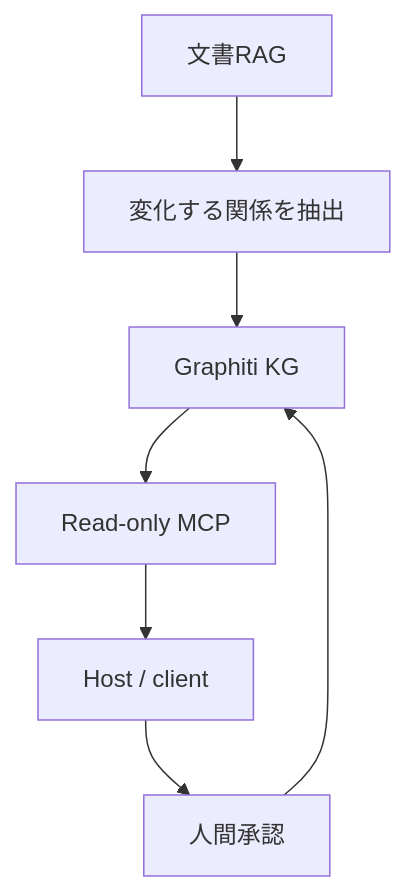
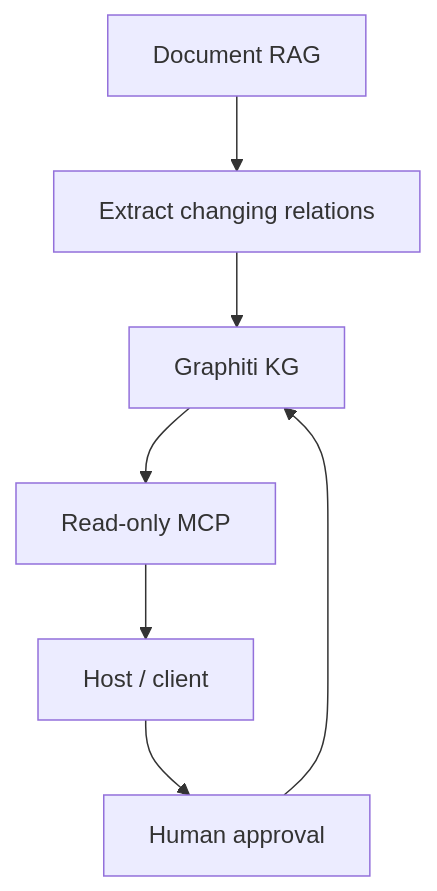
The fifth of 5 diagrams in content/blog/en/graphiti-mcp-memory.mdx (daylight55/research), drawn with Mermaid before and after one commit. The commit also changed other lines of this file and 26 other files, not shown here.

Commit message:
Translate English Mermaid labels

````diff
--- a/content/blog/en/graphiti-mcp-memory.mdx
+++ b/content/blog/en/graphiti-mcp-memory.mdx
@@ -216,9 +216,9 @@
 ```mermaid
 flowchart TD
-  A["文書RAG"] --> B["変化する関係を抽出"]
+  A["Document RAG"] --> B["Extract changing relations"]
   B --> C["Graphiti KG"]
   C --> D["Read-only MCP"]
   D --> E["Host / client"]
-  E --> F["人間承認"]
+  E --> F["Human approval"]
   F --> C
 ```
````
